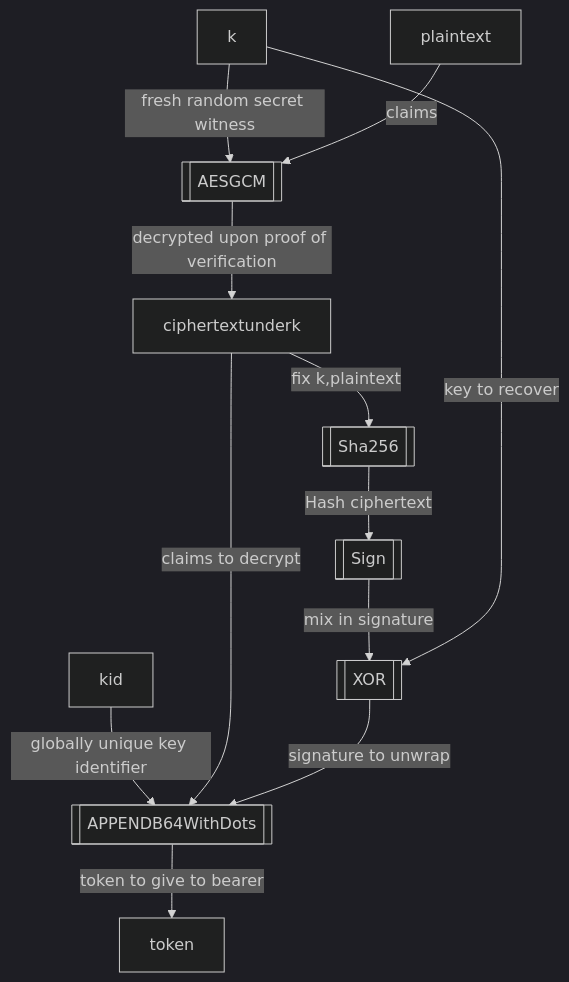
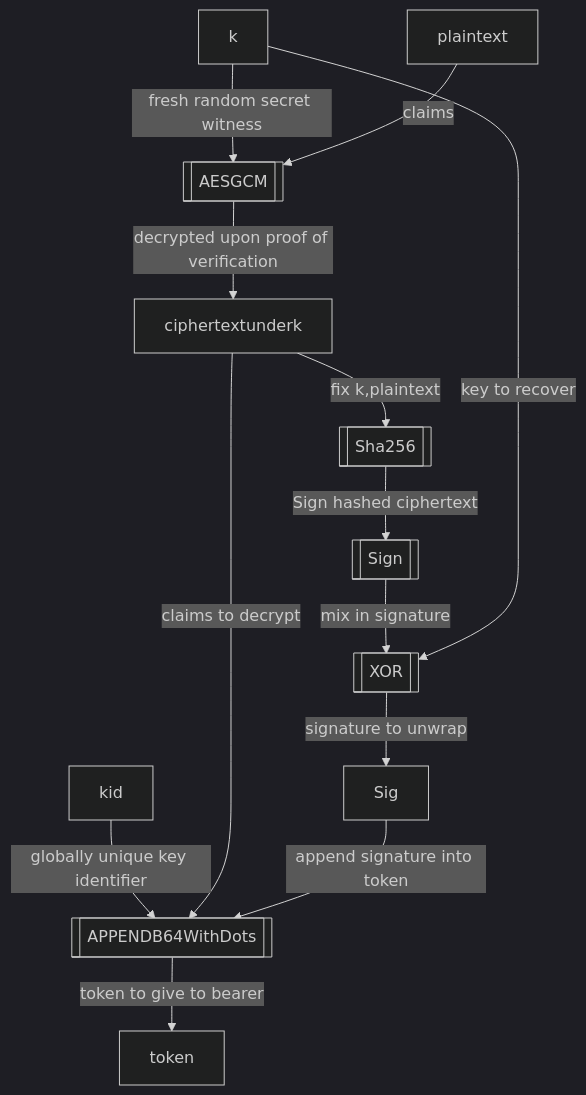
Before and after one commit to rfielding/whiskeyTango: the second of 2 diagrams in README.md, drawn with Mermaid (dark theme).

Commit message:
update diagram

````diff
--- a/README.md
+++ b/README.md
@@ -94,19 +94,20 @@
 ```mermaid
 flowchart TB
   AESGCM[[AESGCM]]
   APPENDB64WithDots[[APPENDB64WithDots]]
   k-- fresh random secret witness -->AESGCM
   plaintext-- claims -->AESGCM
   AESGCM-- decrypted upon proof of verification -->ciphertextunderk
   kid-- globally unique key identifier -->APPENDB64WithDots
   ciphertextunderk-- claims to decrypt -->APPENDB64WithDots
   APPENDB64WithDots-- token to give to bearer -->token
   Sha256[[Sha256]]
   ciphertextunderk-- fix k,plaintext -->Sha256
   XOR[[XOR]]
   Sign[[Sign]]
-  Sha256-- Hash ciphertext  -->Sign
+  Sha256-- Sign hashed ciphertext  -->Sign
   Sign-- mix in signature -->XOR
   k-- key to recover -->XOR
-  XOR-- signature to unwrap -->APPENDB64WithDots
+  XOR-- signature to unwrap -->Sig
+  Sig-- append signature into token -->APPENDB64WithDots
 ```
````
